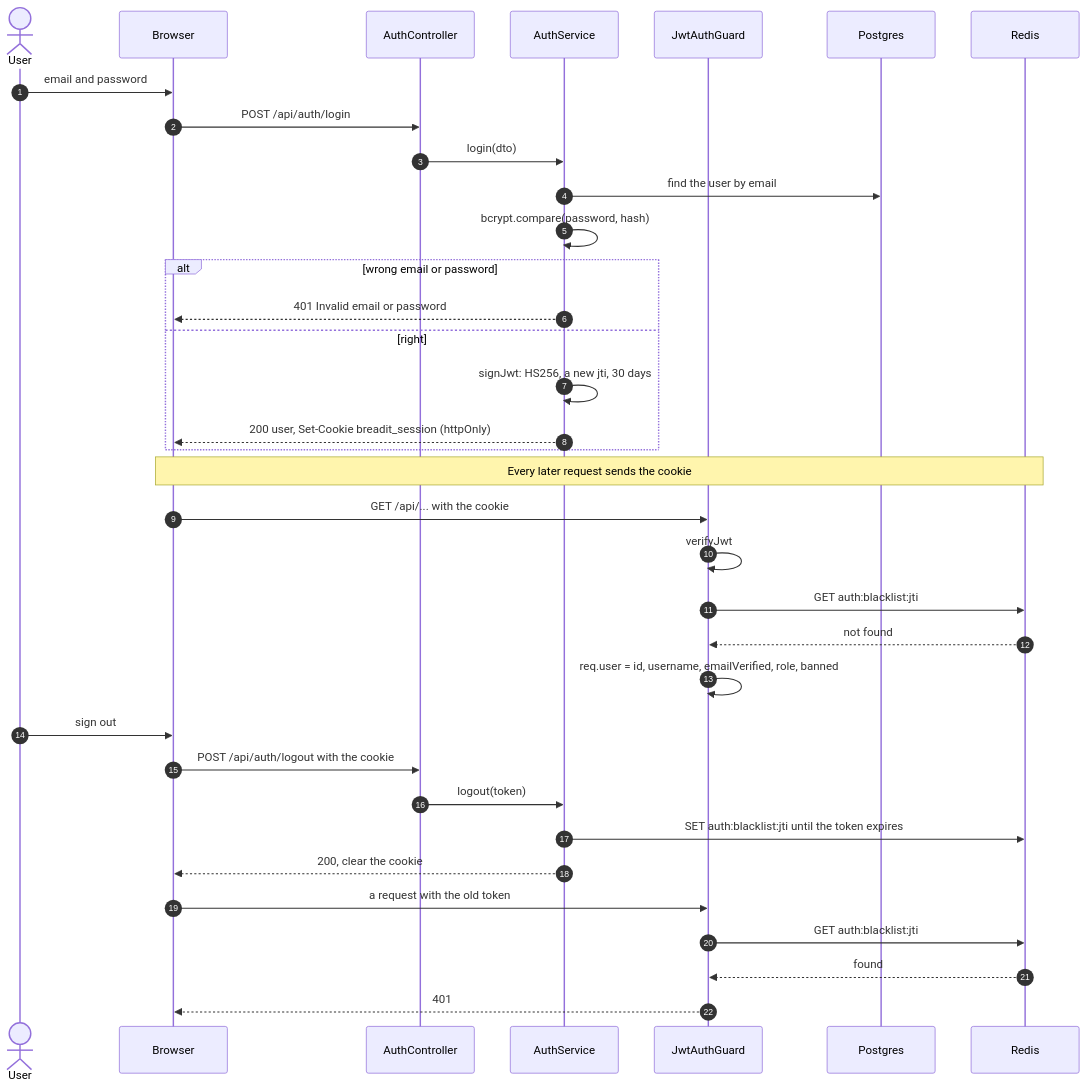
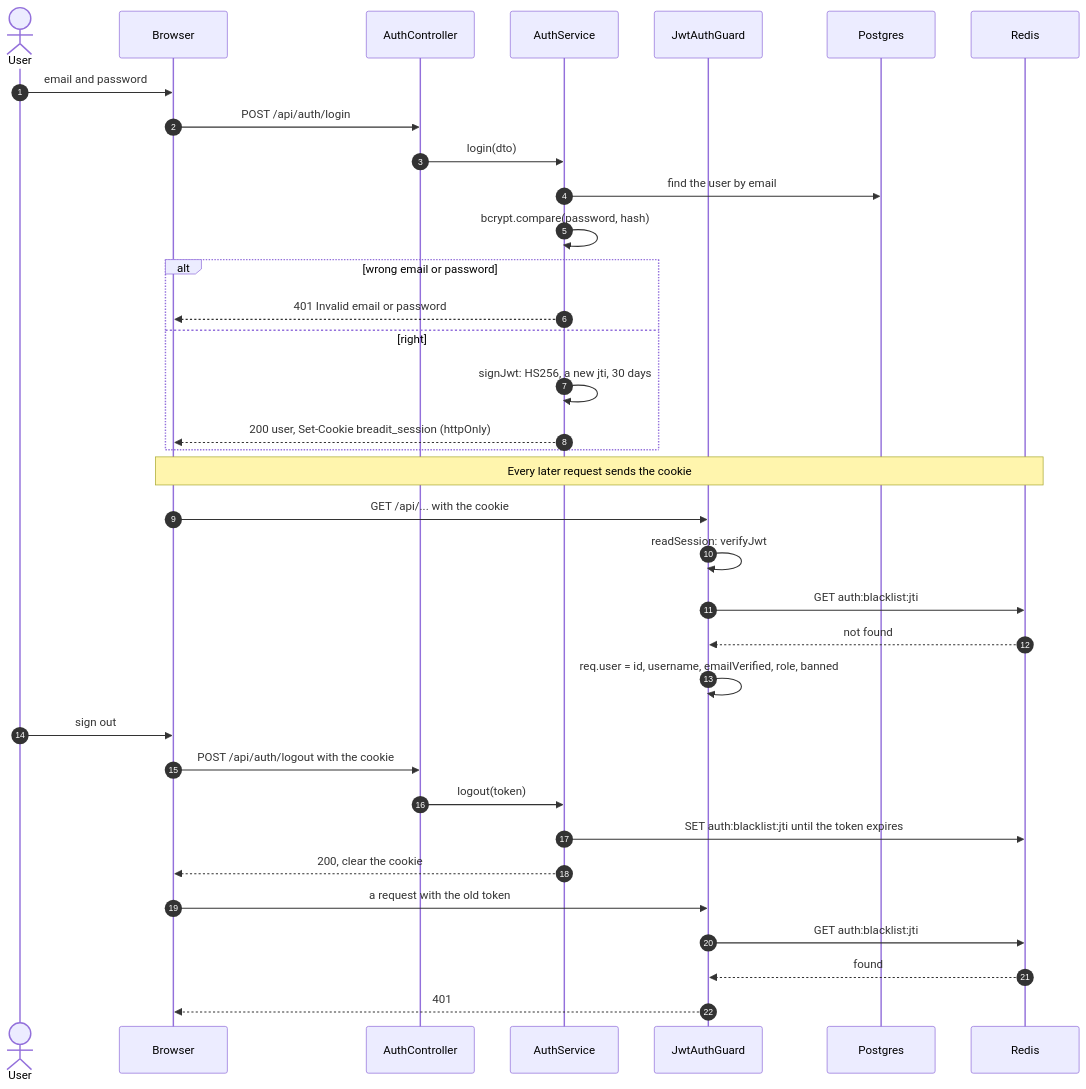
Before and after one commit to CaoNgocAnhTuan/Breadit: the fifth of 11 diagrams in .docs/Thesis-Report/drafts/04-system-analysis-and-design.md, drawn with Mermaid. The commit also changed other lines of this file and 15 other files, not shown here.

First line of the commit message:
docs: diagram scripts list, .mmd sources and figures picked up by name

````diff
--- a/.docs/Thesis-Report/drafts/04-system-analysis-and-design.md
+++ b/.docs/Thesis-Report/drafts/04-system-analysis-and-design.md
@@ -284,37 +284,37 @@
 ```mermaid
 sequenceDiagram
     autonumber
     actor U as User
     participant B as Browser
     participant AC as AuthController
     participant AS as AuthService
     participant G as JwtAuthGuard
     participant DB as Postgres
     participant R as Redis
     U->>B: email and password
     B->>AC: POST /api/auth/login
     AC->>AS: login(dto)
     AS->>DB: find the user by email
     AS->>AS: bcrypt.compare(password, hash)
     alt wrong email or password
         AS-->>B: 401 Invalid email or password
     else right
         AS->>AS: signJwt: HS256, a new jti, 30 days
         AS-->>B: 200 user, Set-Cookie breadit_session (httpOnly)
     end
     Note over B,R: Every later request sends the cookie
     B->>G: GET /api/... with the cookie
-    G->>G: verifyJwt
+    G->>G: readSession: verifyJwt
     G->>R: GET auth:blacklist:jti
     R-->>G: not found
     G->>G: req.user = id, username, emailVerified, role, banned
     U->>B: sign out
     B->>AC: POST /api/auth/logout with the cookie
     AC->>AS: logout(token)
     AS->>R: SET auth:blacklist:jti until the token expires
     AS-->>B: 200, clear the cookie
     B->>G: a request with the old token
     G->>R: GET auth:blacklist:jti
     R-->>G: found
     G-->>B: 401
 ```
````
